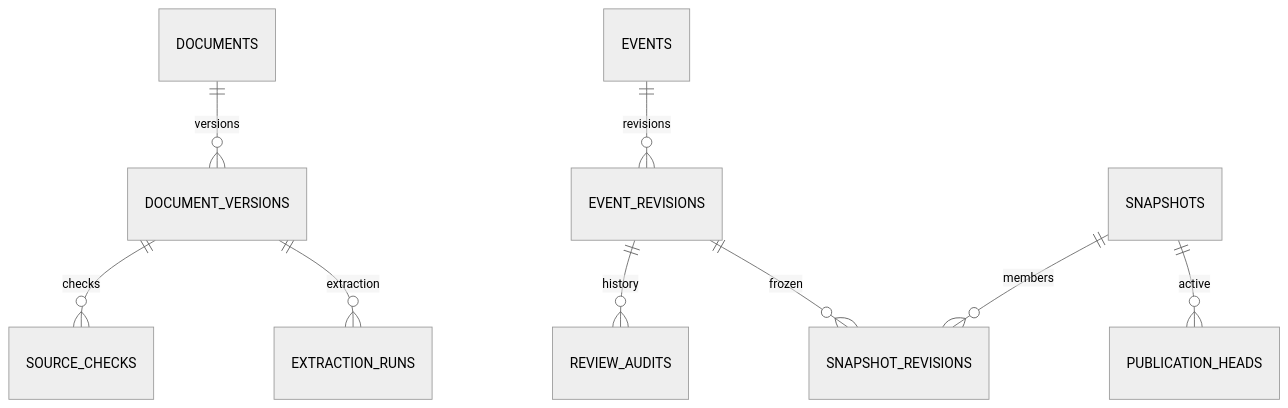
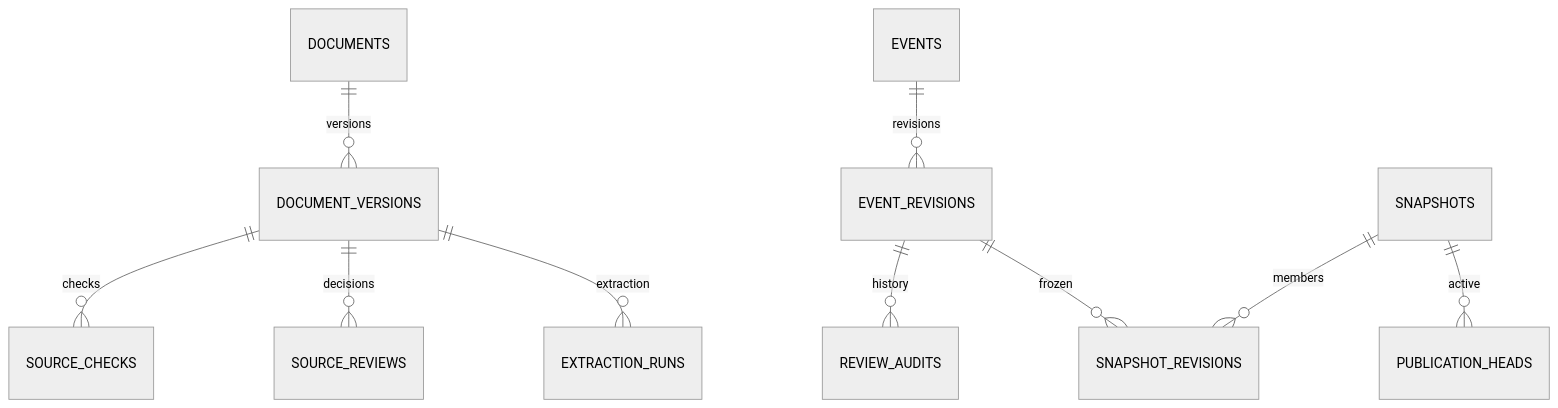
One commit to nam9ming/myai changed the diagram in docs/spec/09_DB설계와트랜잭션.md. Above: the diagram before and after it, drawn with Mermaid (neutral theme). The commit also changed other lines of this file and 27 other files, not shown here.

First line of the commit message:
feat: apply source reviews to publication

````diff
--- a/docs/spec/09_DB설계와트랜잭션.md
+++ b/docs/spec/09_DB설계와트랜잭션.md
@@ -37,11 +38,12 @@
 ```mermaid
 erDiagram
  DOCUMENTS ||--o{ DOCUMENT_VERSIONS : versions
  DOCUMENT_VERSIONS ||--o{ SOURCE_CHECKS : checks
+ DOCUMENT_VERSIONS ||--o{ SOURCE_REVIEWS : decisions
  DOCUMENT_VERSIONS ||--o{ EXTRACTION_RUNS : extraction
  EVENTS ||--o{ EVENT_REVISIONS : revisions
  EVENT_REVISIONS ||--o{ REVIEW_AUDITS : history
  SNAPSHOTS ||--o{ SNAPSHOT_REVISIONS : members
  EVENT_REVISIONS ||--o{ SNAPSHOT_REVISIONS : frozen
  SNAPSHOTS ||--o{ PUBLICATION_HEADS : active
 ```
````
